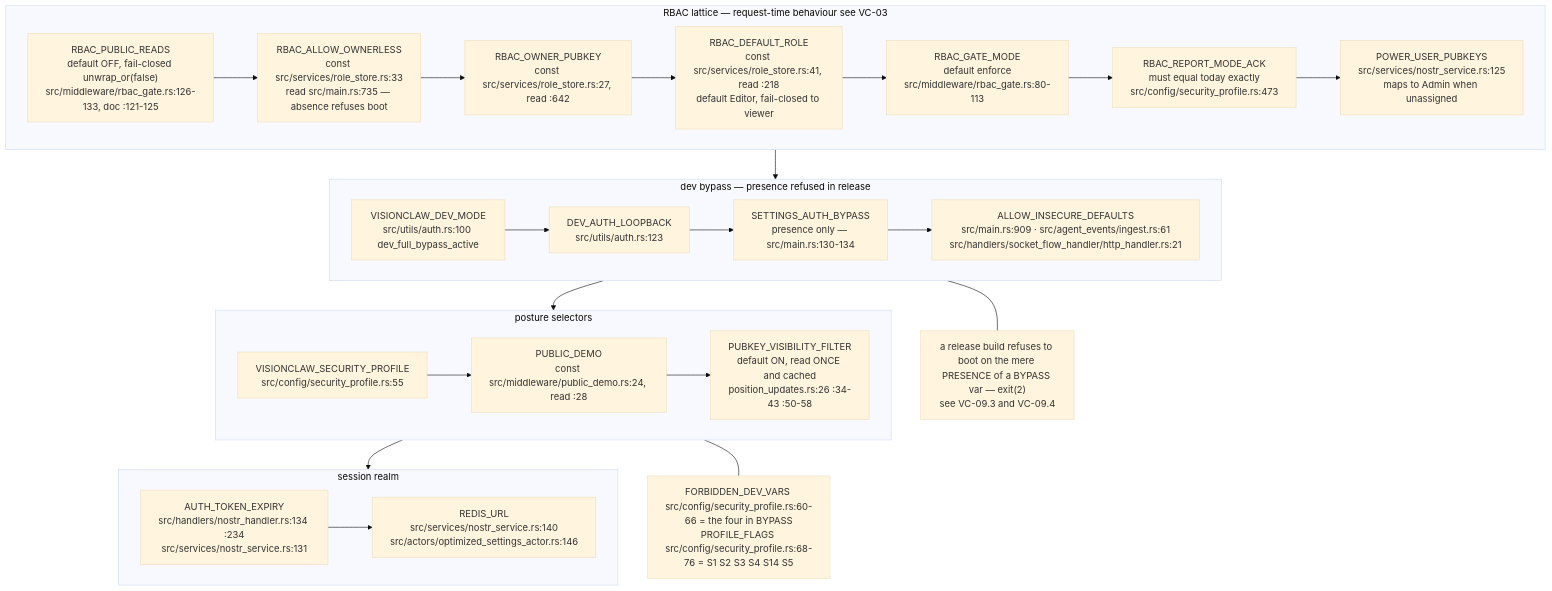
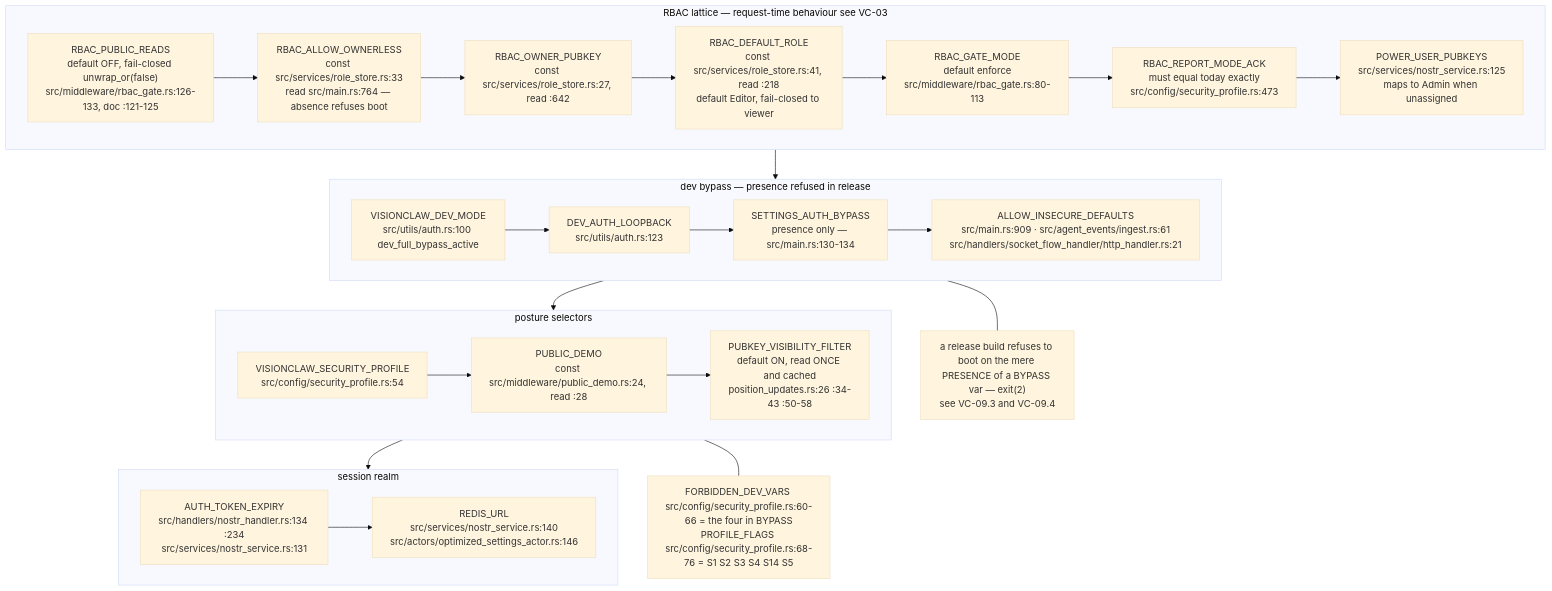
The ninth of 15 diagrams in docs/diagrams/visionclaw/09-config-and-env-flags.md (DreamLab-AI/VisionFlow), drawn with Mermaid (base theme) before and after one commit. The commit also changed other lines of this file and 51 other files, not shown here.

First line of the commit message:
docs(diagrams): agentbox AB-01..13 re-attested anchor by anchor (980 anchors, 22 defects); checkpoint against an out-of-mesh writer

````diff
--- a/docs/diagrams/visionclaw/09-config-and-env-flags.md
+++ b/docs/diagrams/visionclaw/09-config-and-env-flags.md
@@ -402,20 +402,20 @@
 ```mermaid
 flowchart TB
     subgraph RBAC["RBAC lattice — request-time behaviour see VC-03"]
-        S1["RBAC_PUBLIC_READS<br/>default OFF, fail-closed unwrap_or(false)<br/>src/middleware/rbac_gate.rs:126-133, doc :121-125"] --> S2["RBAC_ALLOW_OWNERLESS<br/>const src/services/role_store.rs:33<br/>read src/main.rs:735 — absence refuses boot"] --> S3["RBAC_OWNER_PUBKEY<br/>const src/services/role_store.rs:27, read :642"] --> S4["RBAC_DEFAULT_ROLE<br/>const src/services/role_store.rs:41, read :218<br/>default Editor, fail-closed to viewer"] --> S5["RBAC_GATE_MODE<br/>default enforce<br/>src/middleware/rbac_gate.rs:80-113"] --> S6["RBAC_REPORT_MODE_ACK<br/>must equal today exactly<br/>src/config/security_profile.rs:473"] --> S7["POWER_USER_PUBKEYS<br/>src/services/nostr_service.rs:125<br/>maps to Admin when unassigned"]
+        S1["RBAC_PUBLIC_READS<br/>default OFF, fail-closed unwrap_or(false)<br/>src/middleware/rbac_gate.rs:126-133, doc :121-125"] --> S2["RBAC_ALLOW_OWNERLESS<br/>const src/services/role_store.rs:33<br/>read src/main.rs:764 — absence refuses boot"] --> S3["RBAC_OWNER_PUBKEY<br/>const src/services/role_store.rs:27, read :642"] --> S4["RBAC_DEFAULT_ROLE<br/>const src/services/role_store.rs:41, read :218<br/>default Editor, fail-closed to viewer"] --> S5["RBAC_GATE_MODE<br/>default enforce<br/>src/middleware/rbac_gate.rs:80-113"] --> S6["RBAC_REPORT_MODE_ACK<br/>must equal today exactly<br/>src/config/security_profile.rs:473"] --> S7["POWER_USER_PUBKEYS<br/>src/services/nostr_service.rs:125<br/>maps to Admin when unassigned"]
     end
     subgraph BYPASS["dev bypass — presence refused in release"]
         S8["VISIONCLAW_DEV_MODE<br/>src/utils/auth.rs:100 dev_full_bypass_active"] --> S9["DEV_AUTH_LOOPBACK<br/>src/utils/auth.rs:123"] --> S10["SETTINGS_AUTH_BYPASS<br/>presence only — src/main.rs:130-134"] --> S11["ALLOW_INSECURE_DEFAULTS<br/>src/main.rs:909 · src/agent_events/ingest.rs:61<br/>src/handlers/socket_flow_handler/http_handler.rs:21"]
     end
     subgraph POSTURE["posture selectors"]
-        S12["VISIONCLAW_SECURITY_PROFILE<br/>src/config/security_profile.rs:55"] --> S13["PUBLIC_DEMO<br/>const src/middleware/public_demo.rs:24, read :28"] --> S14["PUBKEY_VISIBILITY_FILTER<br/>default ON, read ONCE and cached<br/>position_updates.rs:26 :34-43 :50-58"]
+        S12["VISIONCLAW_SECURITY_PROFILE<br/>src/config/security_profile.rs:54"] --> S13["PUBLIC_DEMO<br/>const src/middleware/public_demo.rs:24, read :28"] --> S14["PUBKEY_VISIBILITY_FILTER<br/>default ON, read ONCE and cached<br/>position_updates.rs:26 :34-43 :50-58"]
     end
     subgraph SESS["session realm"]
         S15["AUTH_TOKEN_EXPIRY<br/>src/handlers/nostr_handler.rs:134 :234<br/>src/services/nostr_service.rs:131"] --> S16["REDIS_URL<br/>src/services/nostr_service.rs:140<br/>src/actors/optimized_settings_actor.rs:146"]
     end
     RBAC --> BYPASS --> POSTURE --> SESS
     N2["FORBIDDEN_DEV_VARS src/config/security_profile.rs:60-66 = the four in BYPASS<br/>PROFILE_FLAGS src/config/security_profile.rs:68-76 = S1 S2 S3 S4 S14 S5"]
     POSTURE --- N2
     N3["a release build refuses to boot on the mere PRESENCE of a BYPASS var — exit(2)<br/>see VC-09.3 and VC-09.4"]
     BYPASS --- N3
 ```
````
